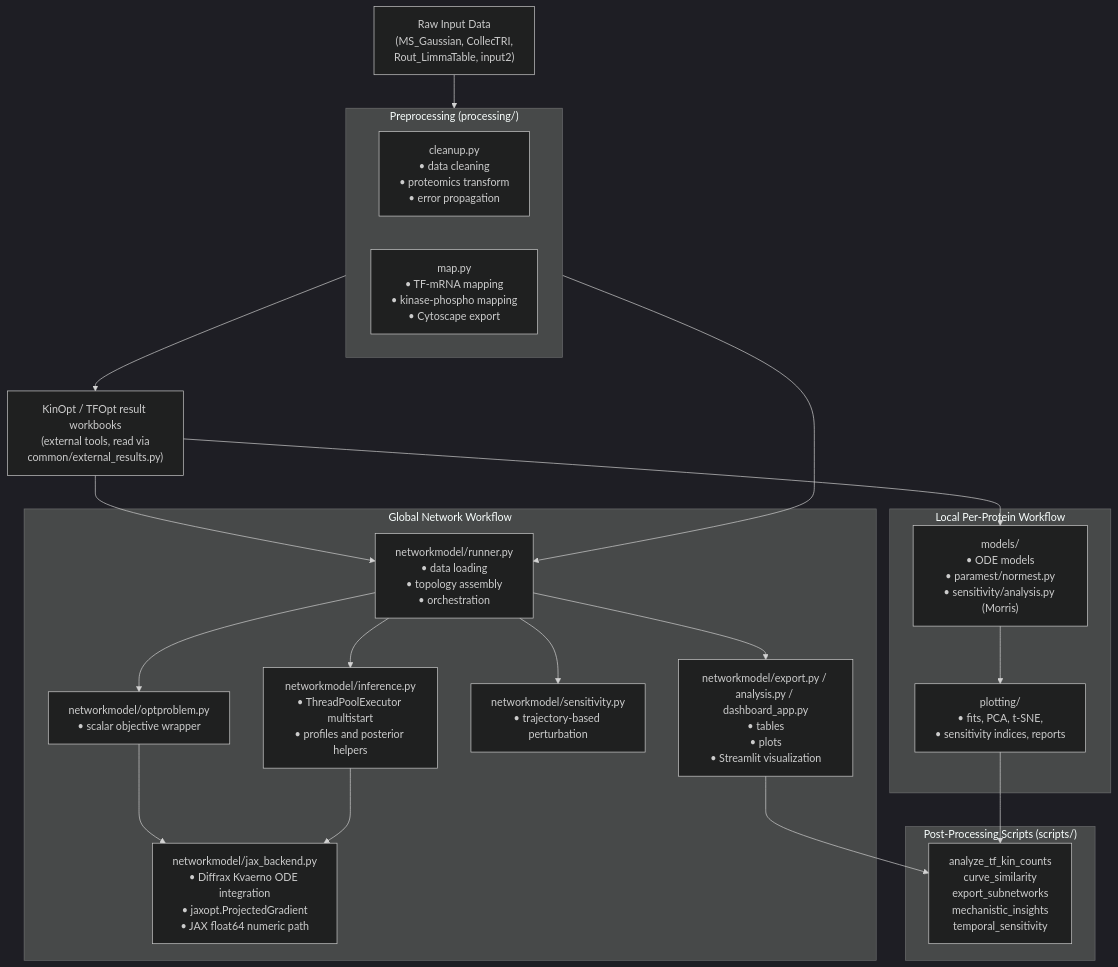
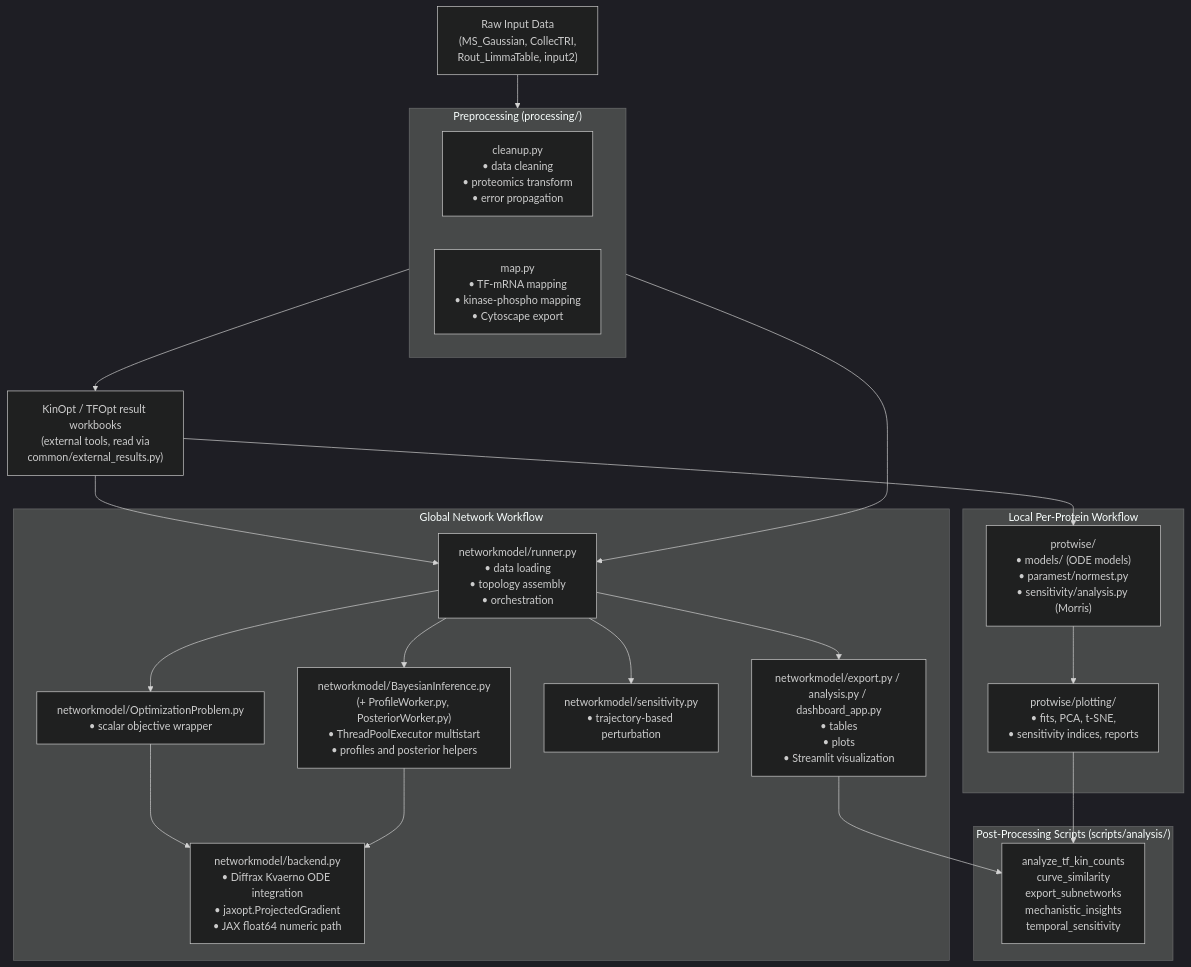
The diagram in docs/Documentation/architecture.md (bibymaths/phoskintime), drawn with Mermaid (dark theme) before and after one commit. The commit also changed other lines of this file and 15 other files, not shown here.

````diff
--- a/docs/Documentation/architecture.md
+++ b/docs/Documentation/architecture.md
@@ -33,44 +35,44 @@
 ```mermaid
 flowchart TD
     A["Raw Input Data\n(MS_Gaussian, CollecTRI,\nRout_LimmaTable, input2)"]
 
     subgraph prep ["Preprocessing (processing/)"]
         B["cleanup.py\n• data cleaning\n• proteomics transform\n• error propagation"]
         C["map.py\n• TF-mRNA mapping\n• kinase-phospho mapping\n• Cytoscape export"]
     end
 
     D["KinOpt / TFOpt result workbooks\n(external tools, read via\ncommon/external_results.py)"]
 
     subgraph local ["Local Per-Protein Workflow"]
-        F["models/\n• ODE models\n• paramest/normest.py\n• sensitivity/analysis.py (Morris)"]
-        G["plotting/\n• fits, PCA, t-SNE,\n• sensitivity indices, reports"]
+        F["protwise/\n• models/ (ODE models)\n• paramest/normest.py\n• sensitivity/analysis.py (Morris)"]
+        G["protwise/plotting/\n• fits, PCA, t-SNE,\n• sensitivity indices, reports"]
     end
 
     subgraph global_wf ["Global Network Workflow"]
         H["networkmodel/runner.py\n• data loading\n• topology assembly\n• orchestration"]
-        I["networkmodel/optproblem.py\n• scalar objective wrapper"]
-        J["networkmodel/jax_backend.py\n• Diffrax Kvaerno ODE integration\n• jaxopt.ProjectedGradient\n• JAX float64 numeric path"]
-        K["networkmodel/inference.py\n• ThreadPoolExecutor multistart\n• profiles and posterior helpers"]
+        I["networkmodel/OptimizationProblem.py\n• scalar objective wrapper"]
+        J["networkmodel/backend.py\n• Diffrax Kvaerno ODE integration\n• jaxopt.ProjectedGradient\n• JAX float64 numeric path"]
+        K["networkmodel/BayesianInference.py\n(+ ProfileWorker.py, PosteriorWorker.py)\n• ThreadPoolExecutor multistart\n• profiles and posterior helpers"]
         L["networkmodel/sensitivity.py\n• trajectory-based perturbation"]
         N["networkmodel/export.py / analysis.py / dashboard_app.py\n• tables\n• plots\n• Streamlit visualization"]
     end
 
-    subgraph scripts_box ["Post-Processing Scripts (scripts/)"]
+    subgraph scripts_box ["Post-Processing Scripts (scripts/analysis/)"]
         M["analyze_tf_kin_counts\ncurve_similarity\nexport_subnetworks\nmechanistic_insights\ntemporal_sensitivity"]
     end
 
     A --> prep
     prep --> D
     D --> F
     F --> G
     prep --> H
     D --> H
     H --> I
     I --> J
     H --> K
     K --> J
     H --> L
     H --> N
     N --> M
     G --> M
 ```
````
